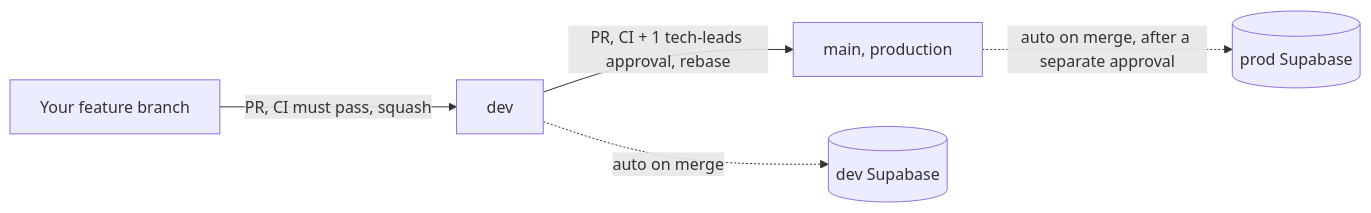
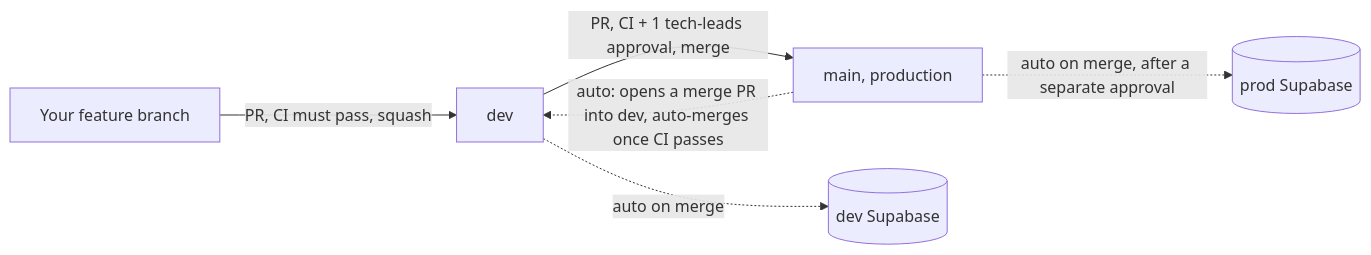
The diagram in CONTRIBUTING.md (inspirecolumbia/ic-website), drawn with Mermaid before and after one commit. The commit also changed other lines of this file and 2 other files, not shown here.

Commit message:
Enforce dev-only promotions to main and automate the sync-back, fix stale rebase-only docs (#47)

````diff
--- a/CONTRIBUTING.md
+++ b/CONTRIBUTING.md
@@ -39,7 +39,8 @@
 ```mermaid
 flowchart LR
     A[Your feature branch] -->|PR, CI must pass, squash| B[dev]
-    B -->|PR, CI + 1 tech-leads approval, rebase| C[main, production]
+    B -->|PR, CI + 1 tech-leads approval, merge| C[main, production]
+    C -.->|auto: opens a merge PR into dev, auto-merges once CI passes| B
     B -.->|auto on merge| D[(dev Supabase)]
     C -.->|auto on merge, after a separate approval| E[(prod Supabase)]
 ```
````
